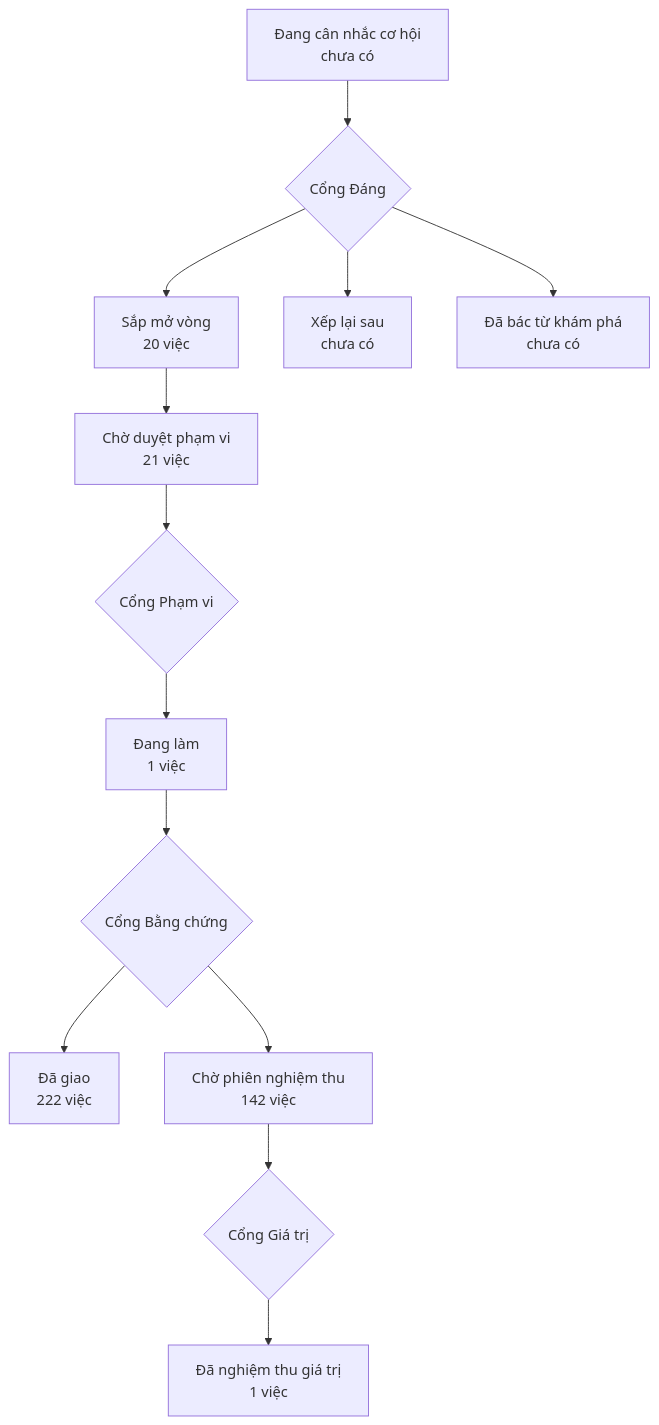
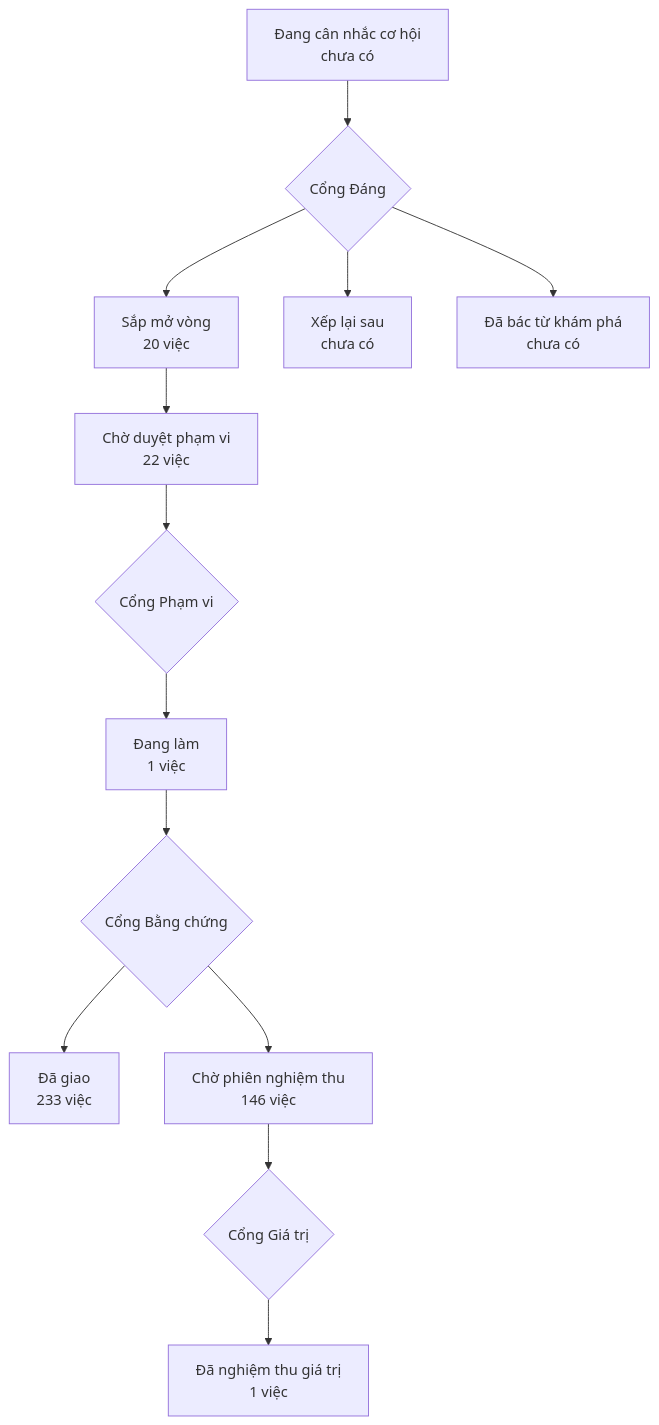
The diagram in PRODUCT-MAP.md (phanlemanh/onehub-invest), drawn with Mermaid before and after one commit. The commit also changed other lines of this file and 1 other file, not shown here.

````diff
--- a/PRODUCT-MAP.md
+++ b/PRODUCT-MAP.md
@@ -7,12 +7,12 @@
 ```mermaid
 flowchart TD
   A["Đang cân nhắc cơ hội<br/>chưa có"] --> GD{"Cổng Đáng"}
   GD --> B["Sắp mở vòng<br/>20 việc"]
   GD --> XL["Xếp lại sau<br/>chưa có"]
   GD --> DB["Đã bác từ khám phá<br/>chưa có"]
-  B --> CD["Chờ duyệt phạm vi<br/>21 việc"] --> GP{"Cổng Phạm vi"}
+  B --> CD["Chờ duyệt phạm vi<br/>22 việc"] --> GP{"Cổng Phạm vi"}
   GP --> DL["Đang làm<br/>1 việc"] --> GB{"Cổng Bằng chứng"}
-  GB --> DG["Đã giao<br/>222 việc"]
-  GB --> CN["Chờ phiên nghiệm thu<br/>142 việc"] --> GG{"Cổng Giá trị"}
+  GB --> DG["Đã giao<br/>233 việc"]
+  GB --> CN["Chờ phiên nghiệm thu<br/>146 việc"] --> GG{"Cổng Giá trị"}
   GG --> NT["Đã nghiệm thu giá trị<br/>1 việc"]
 ```
````
